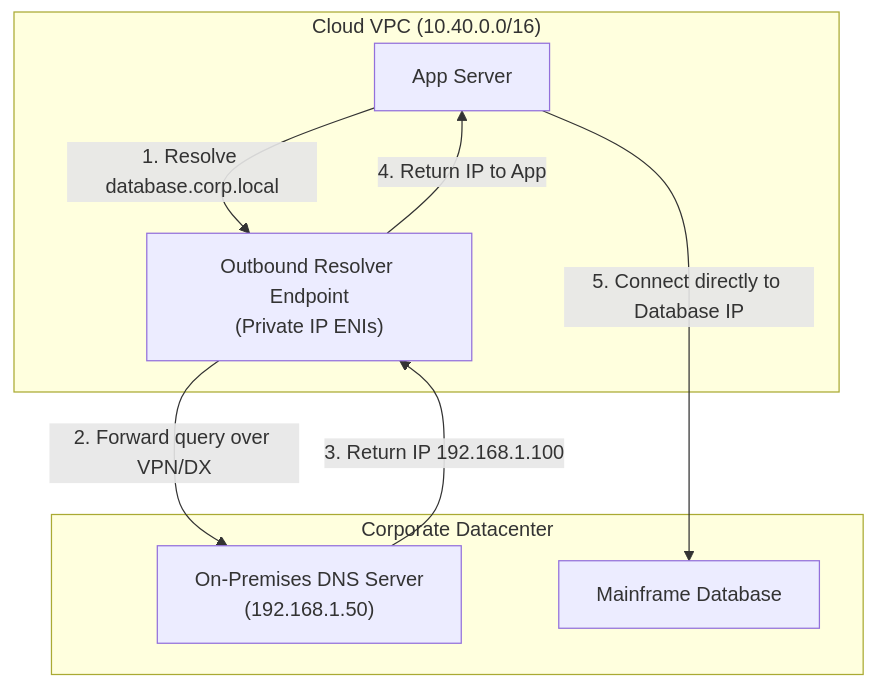
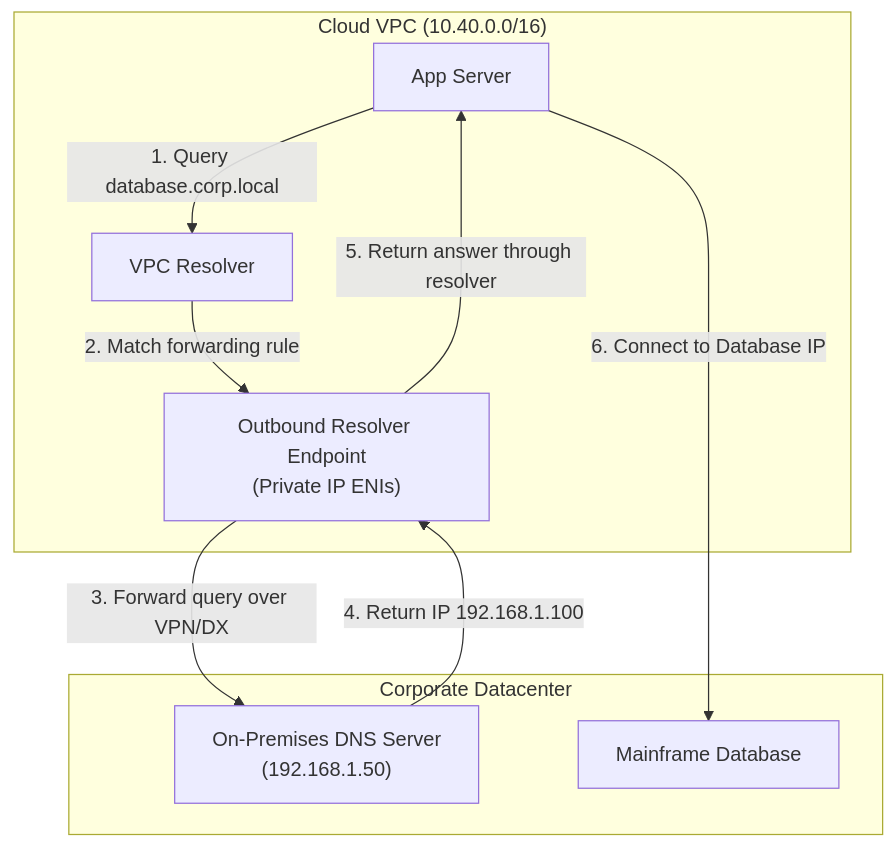
Before and after one commit to senlinyy/dev-roadmaps: the fifth of 5 diagrams in cloud-providers/aws/networking-connectivity/03-connectivity-and-hybrid-networking.md, drawn with Mermaid. The commit also changed other lines of this file and 530 other files, not shown here.

````diff
--- a/cloud-providers/aws/networking-connectivity/03-connectivity-and-hybrid-networking.md
+++ b/cloud-providers/aws/networking-connectivity/03-connectivity-and-hybrid-networking.md
@@ -226,17 +230,19 @@
 ```mermaid
 flowchart TD
     subgraph VPCBoundary["Cloud VPC (10.40.0.0/16)"]
         AppServer["App Server"]
+        VPCResolver["VPC Resolver"]
         OutboundEP["Outbound Resolver Endpoint<br/>(Private IP ENIs)"]
     end
     subgraph CorpNetwork["Corporate Datacenter"]
         LocalDNS["On-Premises DNS Server<br/>(192.168.1.50)"]
         OnPremDB["Mainframe Database"]
     end
 
-    AppServer -->|1. Resolve database.corp.local| OutboundEP
-    OutboundEP -->|2. Forward query over VPN/DX| LocalDNS
-    LocalDNS -->|3. Return IP 192.168.1.100| OutboundEP
-    OutboundEP -->|4. Return IP to App| AppServer
-    AppServer -->|5. Connect directly to Database IP| OnPremDB
+    AppServer -->|1. Query database.corp.local| VPCResolver
+    VPCResolver -->|2. Match forwarding rule| OutboundEP
+    OutboundEP -->|3. Forward query over VPN/DX| LocalDNS
+    LocalDNS -->|4. Return IP 192.168.1.100| OutboundEP
+    OutboundEP -->|5. Return answer through resolver| AppServer
+    AppServer -->|6. Connect to Database IP| OnPremDB
 ```
````
